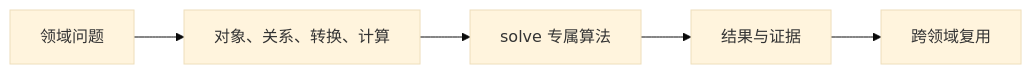
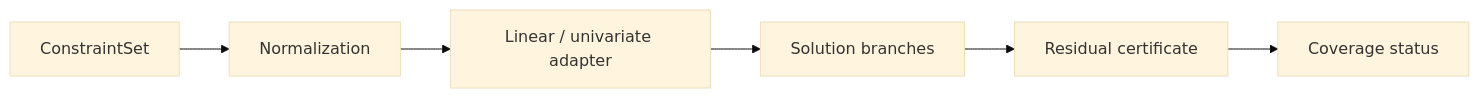
Before and after one commit to ai4waifu/athena.rs: the first of 3 diagrams in projects/athena-engine/src/domains/solve/readme.md, drawn with Mermaid (base theme). The commit also changed other lines of this file and 21 other files, not shown here.

````diff
--- a/projects/athena-engine/src/domains/solve/readme.md
+++ b/projects/athena-engine/src/domains/solve/readme.md
@@ -15,7 +15,8 @@
 ```mermaid
 flowchart LR
-    Problem["领域问题"] --> Decompose["对象、关系、转换、计算"]
-    Decompose --> Algorithm["solve 专属算法"]
-    Algorithm --> Evidence["结果与证据"]
-    Evidence --> Cross["跨领域复用"]
+ C["ConstraintSet"] --> N["Normalization"]
+ N --> A["Linear / univariate adapter"]
+ A --> B["Solution branches"]
+ B --> R["Residual certificate"]
+ R --> K["Coverage status"]
 ```
````
